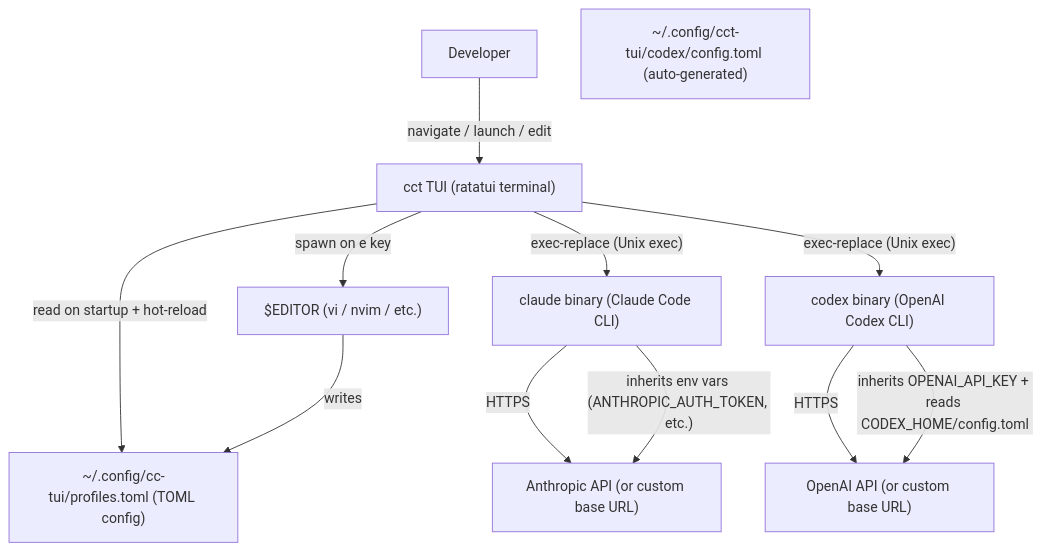
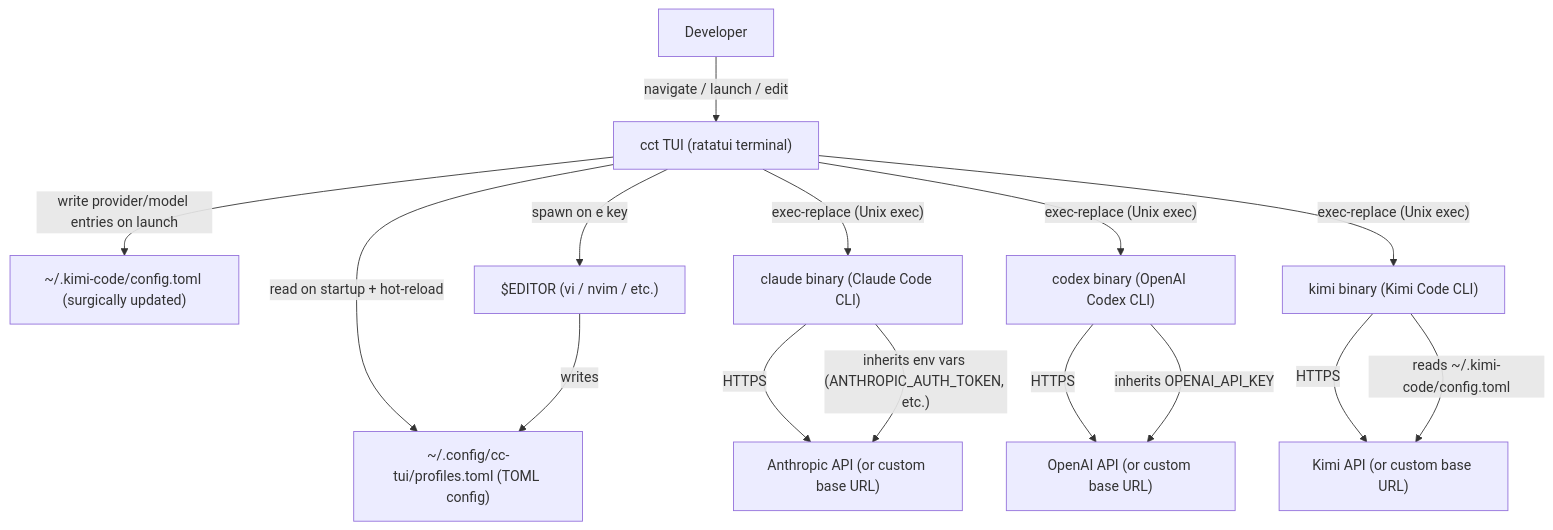
Before and after one commit to Xpectuer/cct: the diagram in ARCHITECTURE.md, drawn with Mermaid. The commit also changed other lines of this file and 110 other files, not shown here.

````diff
--- a/ARCHITECTURE.md
+++ b/ARCHITECTURE.md
@@ -212,23 +250,29 @@
 ```mermaid
 graph TB
     User["Developer"]
     CCT["cct TUI (ratatui terminal)"]
     ProfilesFile["~/.config/cc-tui/profiles.toml (TOML config)"]
-    CodexConfig["~/.config/cct-tui/codex/config.toml (auto-generated)"]
+    KimiConfig["~/.kimi-code/config.toml (surgically updated)"]
     Claude["claude binary (Claude Code CLI)"]
     Codex["codex binary (OpenAI Codex CLI)"]
+    Kimi["kimi binary (Kimi Code CLI)"]
     Editor["$EDITOR (vi / nvim / etc.)"]
     AnthropicAPI["Anthropic API (or custom base URL)"]
     OpenAIAPI["OpenAI API (or custom base URL)"]
+    KimiAPI["Kimi API (or custom base URL)"]
 
     User -->|"navigate / launch / edit"| CCT
     CCT -->|"read on startup + hot-reload"| ProfilesFile
+    CCT -->|"write provider/model entries on launch"| KimiConfig
     CCT -->|"exec-replace (Unix exec)"| Claude
     CCT -->|"exec-replace (Unix exec)"| Codex
+    CCT -->|"exec-replace (Unix exec)"| Kimi
     CCT -->|"spawn on e key"| Editor
     Editor -->|"writes"| ProfilesFile
     Claude -->|"HTTPS"| AnthropicAPI
     Claude -->|"inherits env vars (ANTHROPIC_AUTH_TOKEN, etc.)"| AnthropicAPI
     Codex -->|"HTTPS"| OpenAIAPI
-    Codex -->|"inherits OPENAI_API_KEY + reads CODEX_HOME/config.toml"| OpenAIAPI
+    Codex -->|"inherits OPENAI_API_KEY"| OpenAIAPI
+    Kimi -->|"HTTPS"| KimiAPI
+    Kimi -->|"reads ~/.kimi-code/config.toml"| KimiAPI
 ```
````
